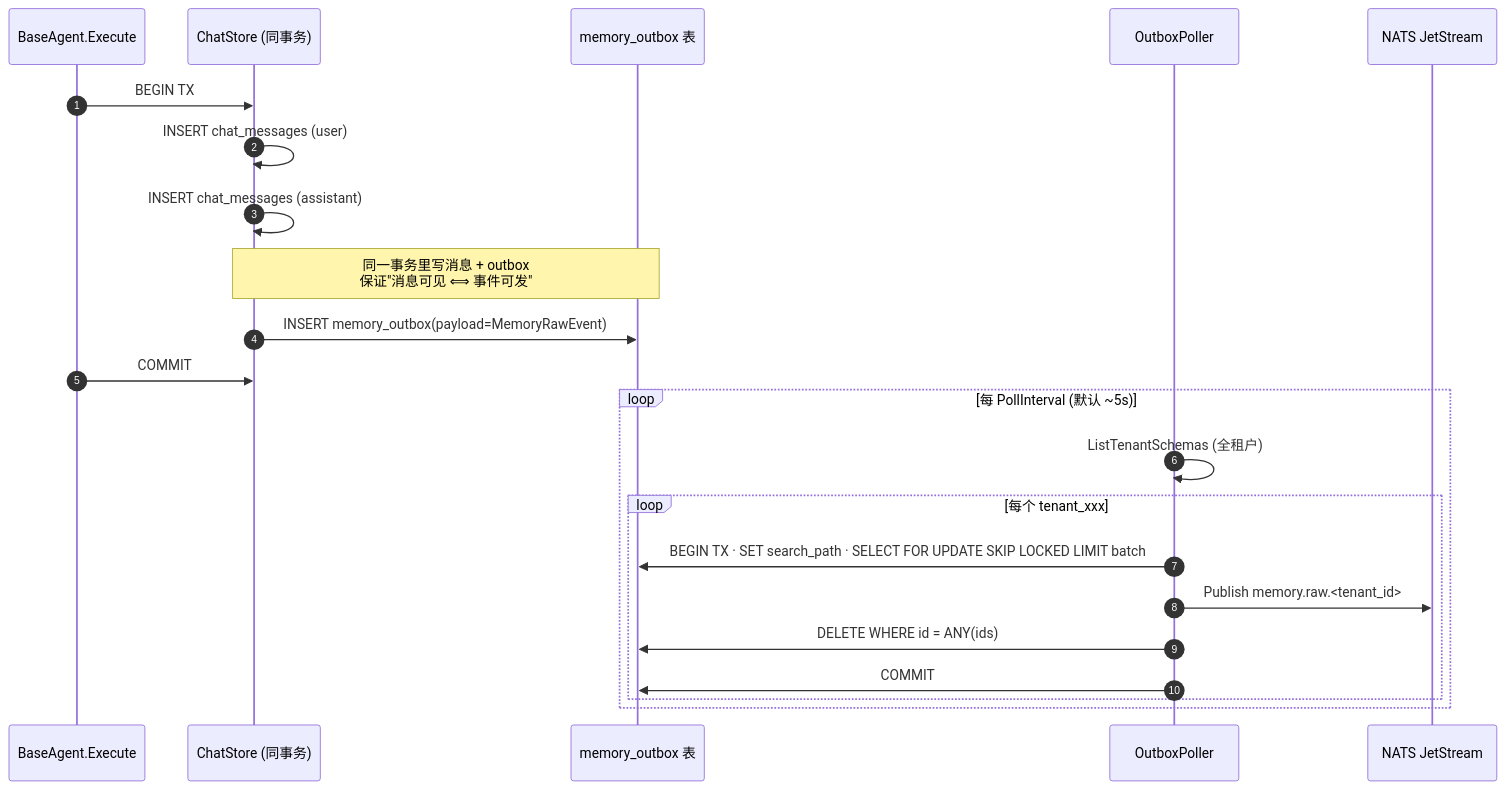
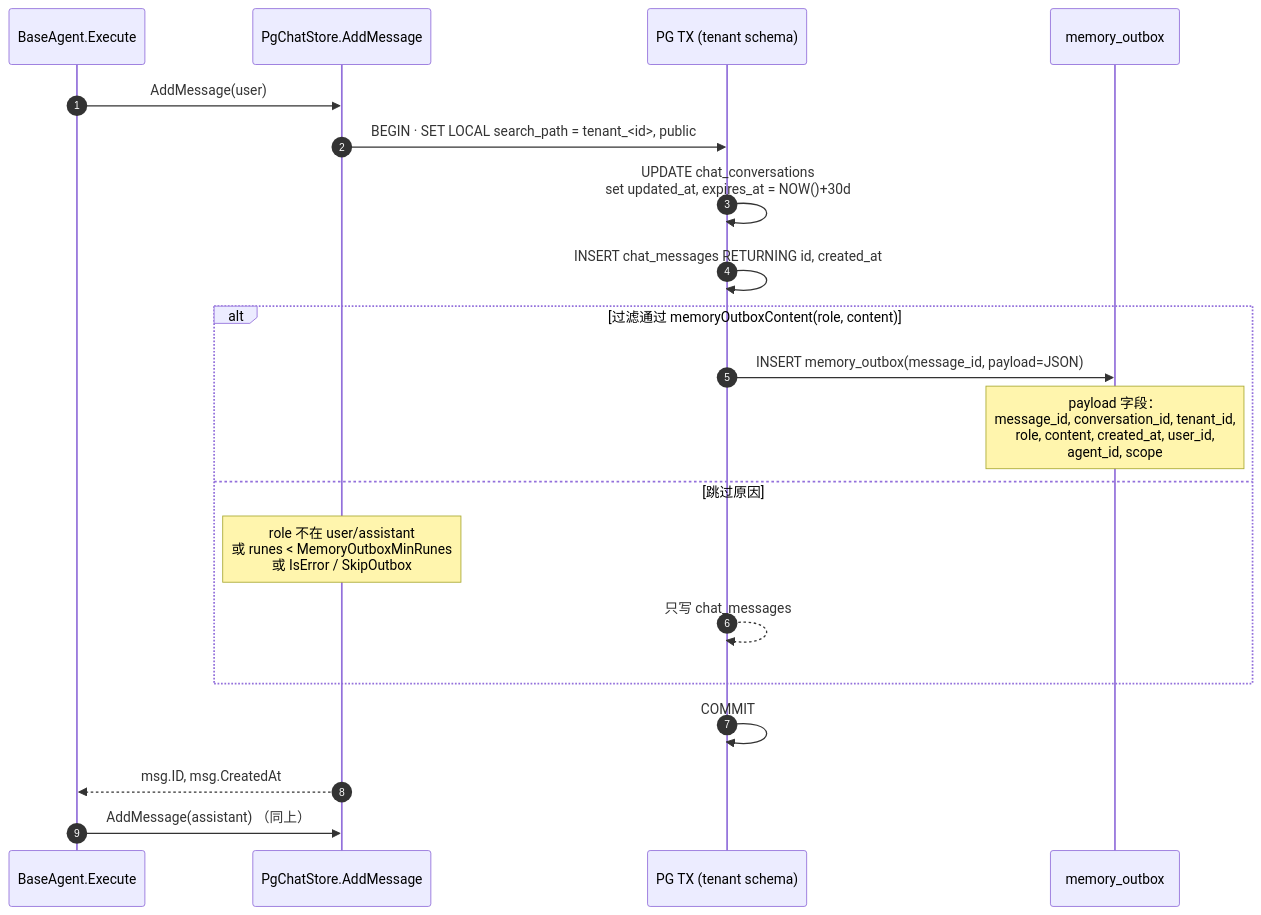
One commit to ArchChuan/Stratum changed diagram 12 of 23 in docs/agent/agent-chat-flow.md. Above: the diagram before and after it, drawn with Mermaid. The commit also changed other lines of this file and 198 other files, not shown here.

````diff
--- a/docs/agent/agent-chat-flow.md
+++ b/docs/agent/agent-chat-flow.md
@@ -542,26 +553,23 @@
 ```mermaid
 sequenceDiagram
     autonumber
     participant Base as BaseAgent.Execute
-    participant CS as ChatStore (同事务)
-    participant OB as memory_outbox 表
-    participant Poll as OutboxPoller
-    participant JS as NATS JetStream
+    participant CS as PgChatStore.AddMessage
+    participant TX as PG TX (tenant schema)
+    participant OB as memory_outbox
 
-    Base->>CS: BEGIN TX
-    CS->>CS: INSERT chat_messages (user)
-    CS->>CS: INSERT chat_messages (assistant)
-    Note over CS,OB: 同一事务里写消息 + outbox<br/>保证"消息可见 ⟺ 事件可发"
-    CS->>OB: INSERT memory_outbox(payload=MemoryRawEvent)
-    Base->>CS: COMMIT
-
-    loop 每 PollInterval (默认 ~5s)
-        Poll->>Poll: ListTenantSchemas (全租户)
-        loop 每个 tenant_xxx
-            Poll->>OB: BEGIN TX · SET search_path · SELECT FOR UPDATE SKIP LOCKED LIMIT batch
-            Poll->>JS: Publish memory.raw.<tenant_id>
-            Poll->>OB: DELETE WHERE id = ANY(ids)
-            Poll->>OB: COMMIT
-        end
+    Base->>CS: AddMessage(user)
+    CS->>TX: BEGIN · SET LOCAL search_path = tenant_<id>, public
+    TX->>TX: UPDATE chat_conversations<br/>set updated_at, expires_at = NOW()+30d
+    TX->>TX: INSERT chat_messages RETURNING id, created_at
+    alt 过滤通过 memoryOutboxContent(role, content)
+        TX->>OB: INSERT memory_outbox(message_id, payload=JSON)
+        Note over OB: payload 字段：<br/>message_id, conversation_id, tenant_id,<br/>role, content, created_at, user_id,<br/>agent_id, scope
+    else 跳过原因
+        Note over CS: role 不在 user/assistant<br/>或 runes < MemoryOutboxMinRunes<br/>或 IsError / SkipOutbox
+        TX-->>TX: 只写 chat_messages
     end
+    TX->>TX: COMMIT
+    CS-->>Base: msg.ID, msg.CreatedAt
+    Base->>CS: AddMessage(assistant) （同上）
 ```
````
